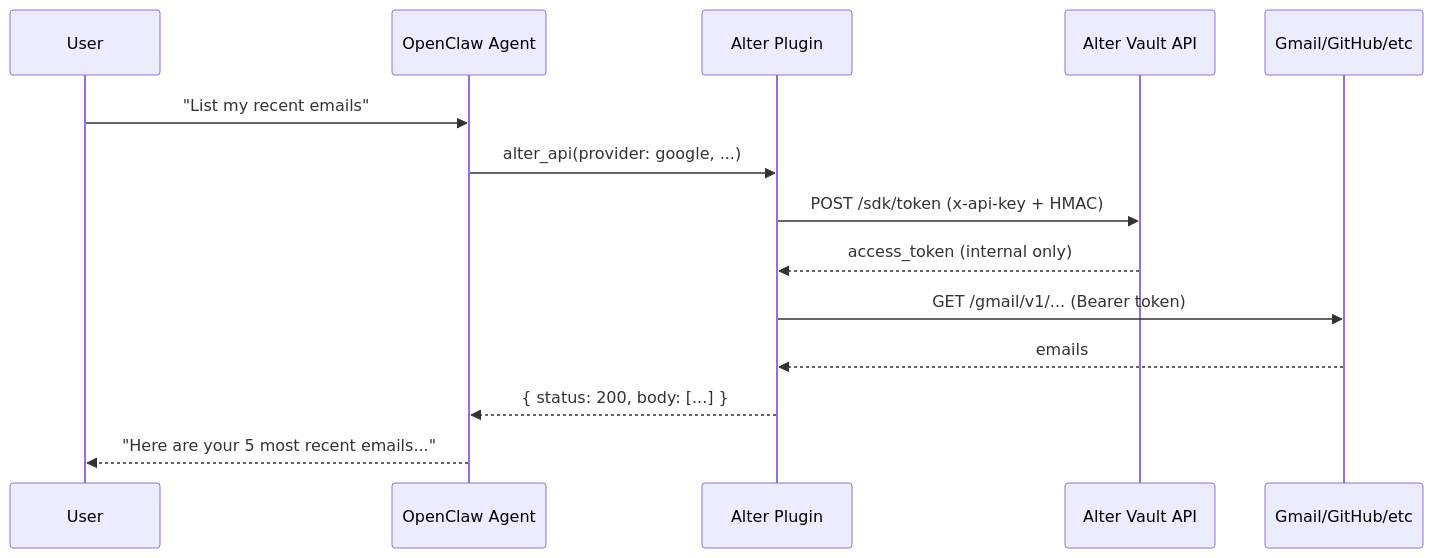
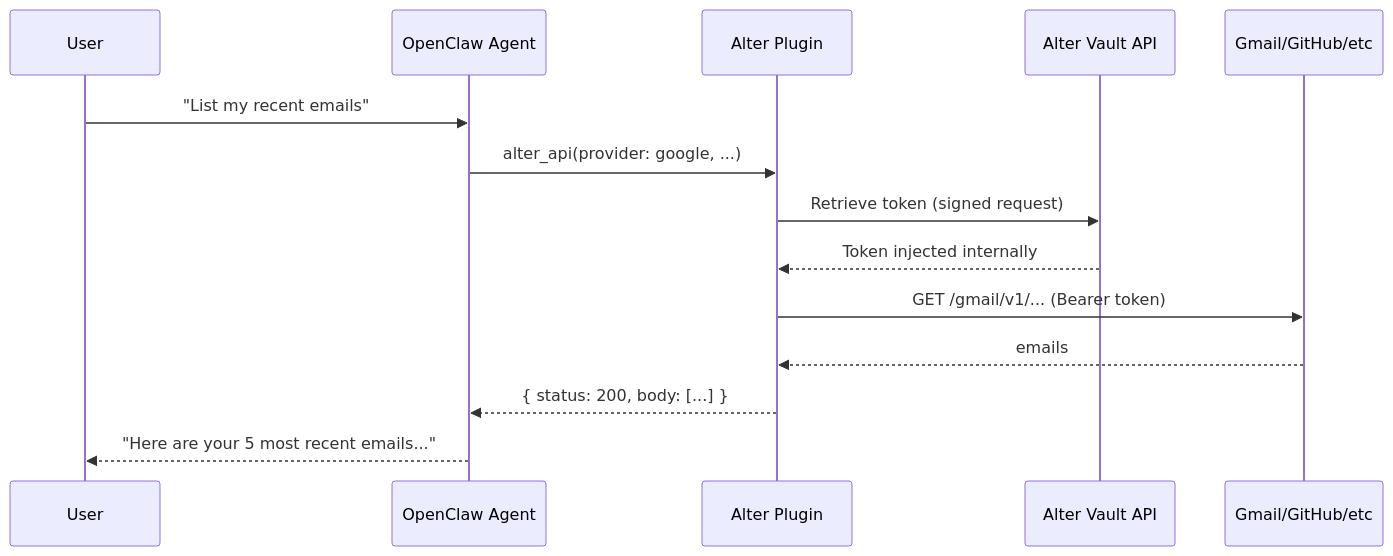
One commit to AlterAIDev/docs changed the diagram in integrations/openclaw.mdx. Above: the diagram before and after it, drawn with Mermaid. The commit also changed 6 other files, not shown here.

Commit message:
Sync documentation from Alter-Vault (main)

````diff
--- a/integrations/openclaw.mdx
+++ b/integrations/openclaw.mdx
@@ -12,17 +12,17 @@
 ```mermaid
 sequenceDiagram
     participant User
     participant OpenClaw Agent
     participant Alter Plugin
     participant Alter Vault API
     participant Gmail/GitHub/etc
 
     User->>OpenClaw Agent: "List my recent emails"
     OpenClaw Agent->>Alter Plugin: alter_api(provider: google, ...)
-    Alter Plugin->>Alter Vault API: POST /sdk/token (x-api-key + HMAC)
-    Alter Vault API-->>Alter Plugin: access_token (internal only)
+    Alter Plugin->>Alter Vault API: Retrieve token (signed request)
+    Alter Vault API-->>Alter Plugin: Token injected internally
     Alter Plugin->>Gmail/GitHub/etc: GET /gmail/v1/... (Bearer token)
     Gmail/GitHub/etc-->>Alter Plugin: emails
     Alter Plugin-->>OpenClaw Agent: { status: 200, body: [...] }
     OpenClaw Agent-->>User: "Here are your 5 most recent emails..."
 ```
````
